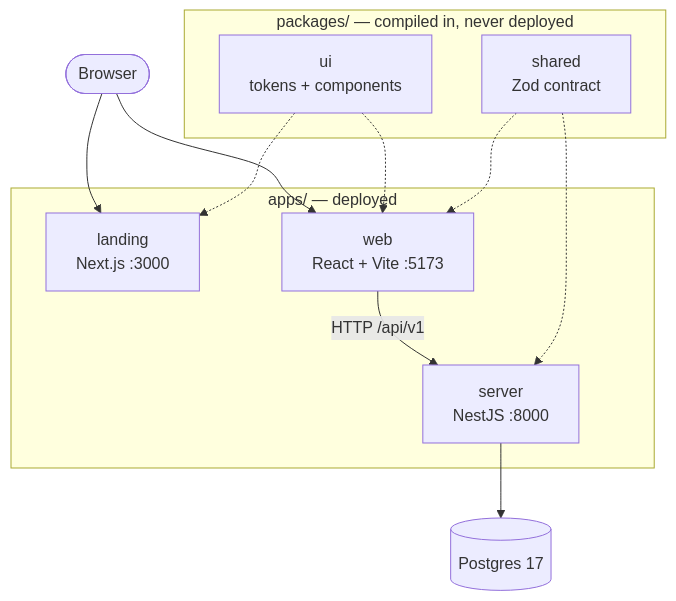
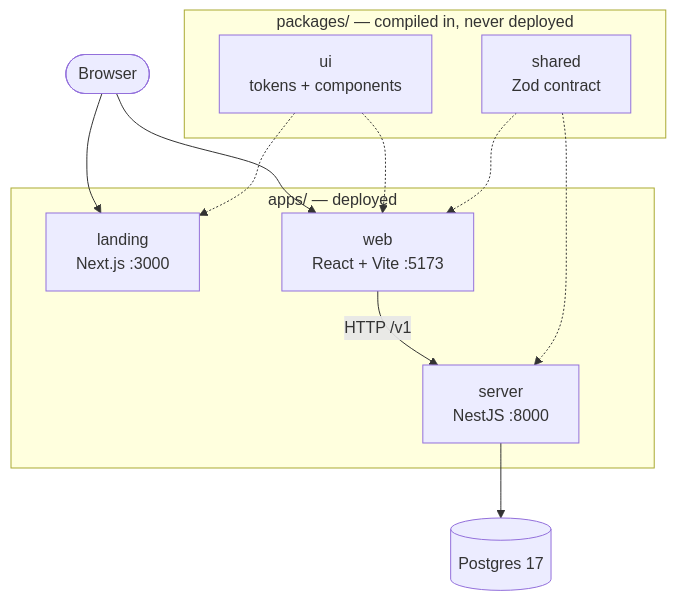
One commit to krishinparikh/kp-app changed the first of 2 diagrams in docs/architecture/high-level.md. Above: the diagram before and after it, drawn with Mermaid. The commit also changed other lines of this file and 56 other files, not shown here.

````diff
--- a/docs/architecture/high-level.md
+++ b/docs/architecture/high-level.md
@@ -11,27 +11,27 @@
 ```mermaid
 graph TB
     Browser([Browser])
 
     subgraph apps["apps/ — deployed"]
         landing["landing<br/>Next.js :3000"]
         web["web<br/>React + Vite :5173"]
         server["server<br/>NestJS :8000"]
     end
 
     subgraph packages["packages/ — compiled in, never deployed"]
         ui["ui<br/>tokens + components"]
         shared["shared<br/>Zod contract"]
     end
 
     db[("Postgres 17")]
 
     Browser --> landing
     Browser --> web
-    web -->|"HTTP /api/v1"| server
+    web -->|"HTTP /v1"| server
     server --> db
 
     ui -.-> landing
     ui -.-> web
     shared -.-> web
     shared -.-> server
 ```
````
